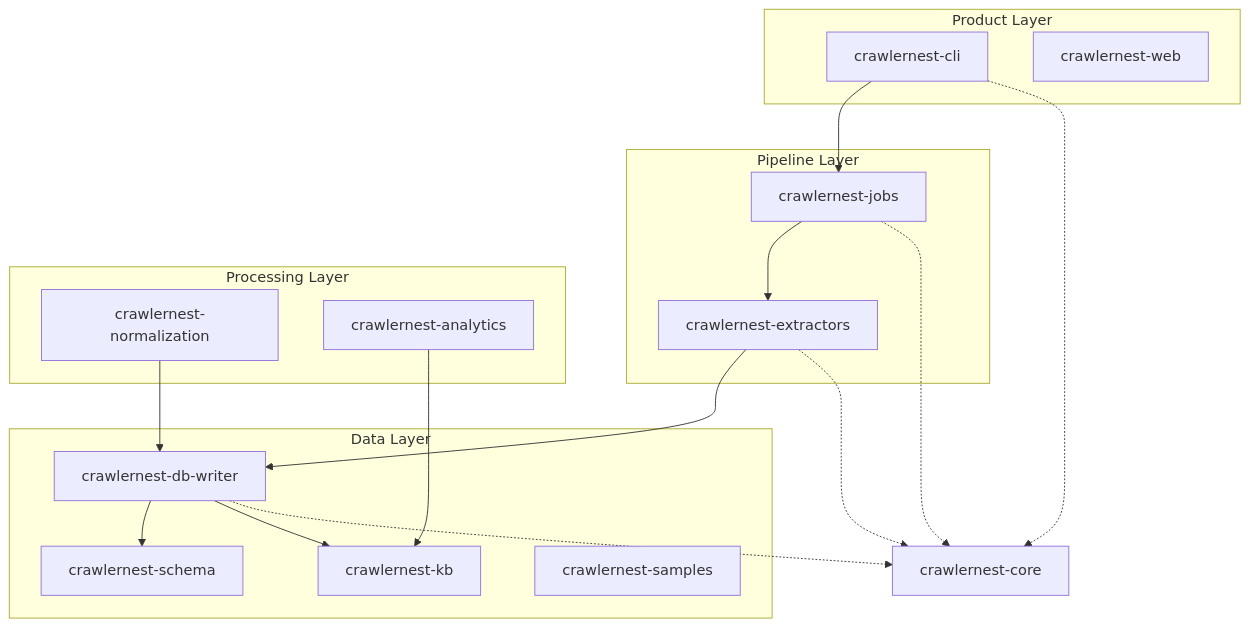
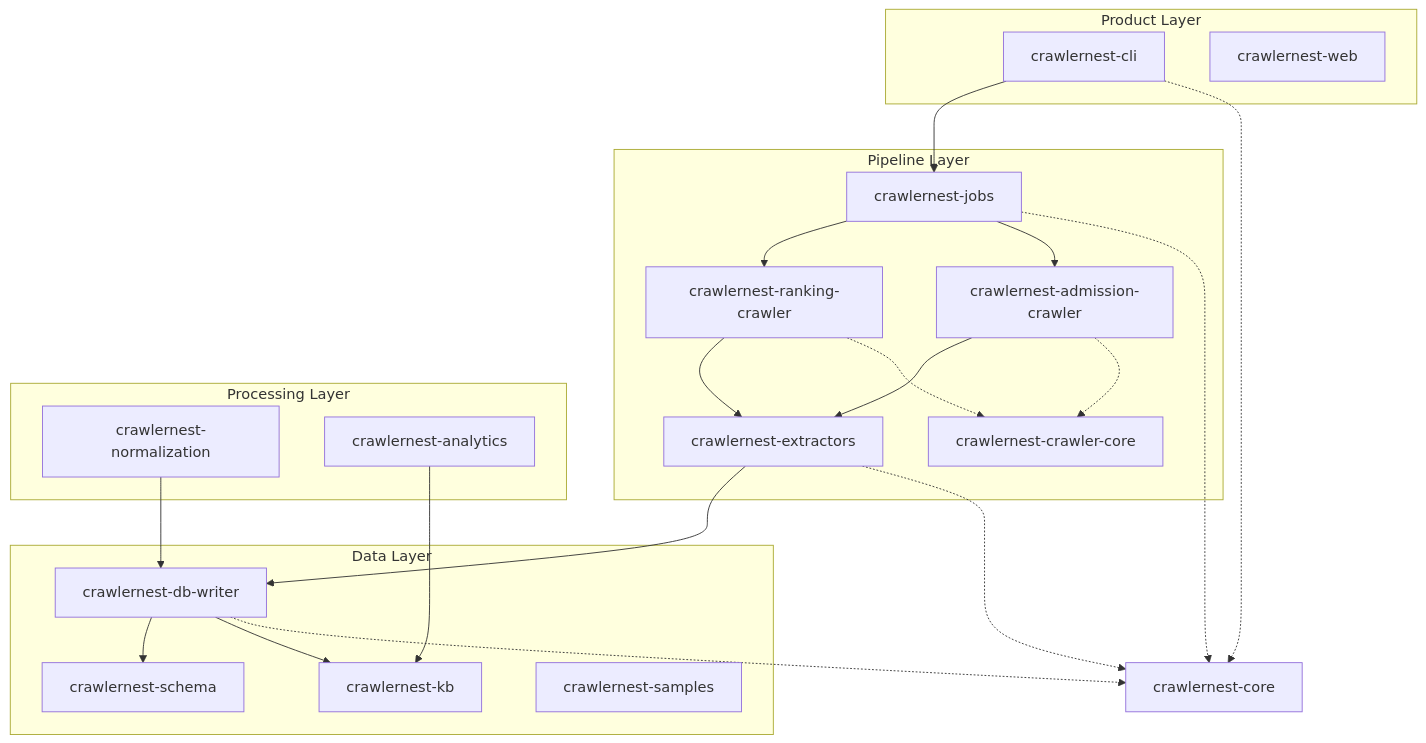
One commit to heinricitorgau/CrawlerNest changed the diagram in crawlernest/crawlernest-docs/architecture.md. Above: the diagram before and after it, drawn with Mermaid. The commit also changed other lines of this file and 10 other files, not shown here.

Commit message:
def initial crawler engine into ranking/admission crawler

````diff
--- a/crawlernest/crawlernest-docs/architecture.md
+++ b/crawlernest/crawlernest-docs/architecture.md
@@ -7,40 +7,48 @@
 ```mermaid
 graph TD
     subgraph "Product Layer"
         CLI[crawlernest-cli]
         WEB[crawlernest-web]
     end
 
     subgraph "Pipeline Layer"
+        CORECRAWL[crawlernest-crawler-core]
+        RANKCRAWL[crawlernest-ranking-crawler]
+        ADMCRAWL[crawlernest-admission-crawler]
         JOBS[crawlernest-jobs]
         EXT[crawlernest-extractors]
     end
 
     subgraph "Processing Layer"
         NORM[crawlernest-normalization]
         ANA[crawlernest-analytics]
     end
 
     subgraph "Data Layer"
         SCHEMA[crawlernest-schema]
         DBW[crawlernest-db-writer]
         KB[crawlernest-kb]
         SAMP[crawlernest-samples]
     end
 
     CORE[crawlernest-core]
 
     CLI --> JOBS
-    JOBS --> EXT
+    JOBS --> RANKCRAWL
+    JOBS --> ADMCRAWL
+    RANKCRAWL --> EXT
+    ADMCRAWL --> EXT
+    RANKCRAWL -.-> CORECRAWL
+    ADMCRAWL -.-> CORECRAWL
     EXT --> DBW
     DBW --> SCHEMA
     DBW --> KB
     NORM --> DBW
     ANA --> KB
     
     %% Shared Core
     JOBS -.-> CORE
     EXT -.-> CORE
     DBW -.-> CORE
     CLI -.-> CORE
 ```
````
